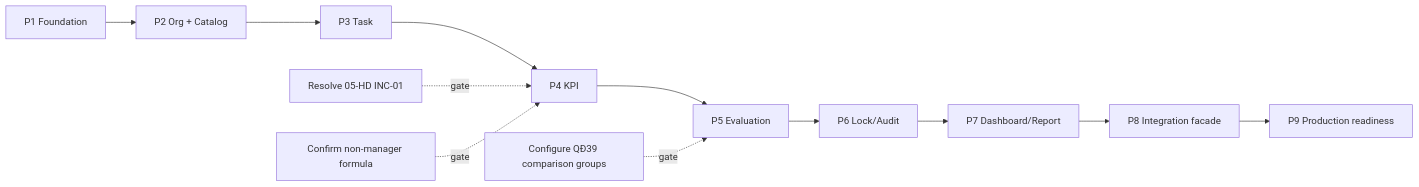
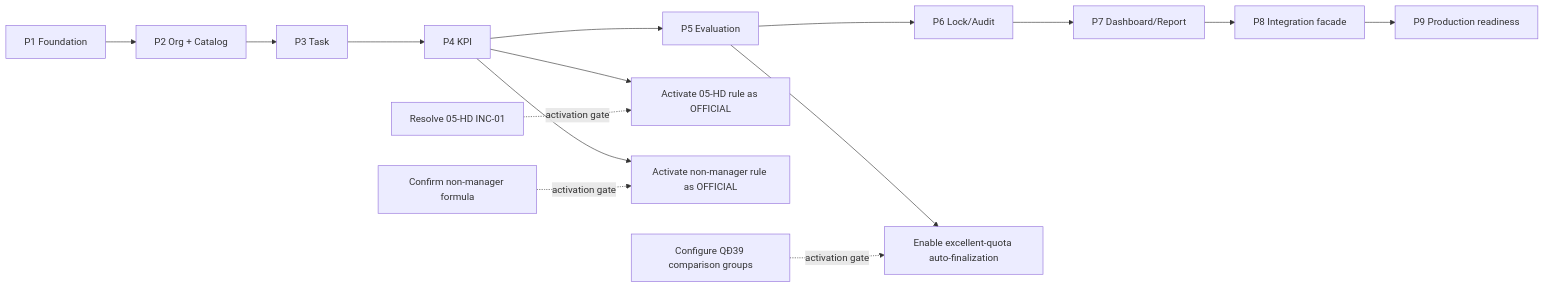
One commit to chotr/BTCTU changed the diagram in docs/06-plan/implementation-plan.md. Above: the diagram before and after it, drawn with Mermaid. The commit also changed other lines of this file and 10 other files, not shown here.

````diff
--- a/docs/06-plan/implementation-plan.md
+++ b/docs/06-plan/implementation-plan.md
@@ -216,15 +224,18 @@
 ```mermaid
 flowchart LR
   P1["P1 Foundation"] --> P2["P2 Org + Catalog"]
   P2 --> P3["P3 Task"]
   P3 --> P4["P4 KPI"]
   P4 --> P5["P5 Evaluation"]
   P5 --> P6["P6 Lock/Audit"]
   P6 --> P7["P7 Dashboard/Report"]
   P7 --> P8["P8 Integration facade"]
   P8 --> P9["P9 Production readiness"]
 
-  I1["Resolve 05-HD INC-01"] -. gate .-> P4
-  I2["Confirm non-manager formula"] -. gate .-> P4
-  I3["Configure QĐ39 comparison groups"] -. gate .-> P5
+  P4 --> O1["Activate 05-HD rule as OFFICIAL"]
+  I1["Resolve 05-HD INC-01"] -. activation gate .-> O1
+  P4 --> O2["Activate non-manager rule as OFFICIAL"]
+  I2["Confirm non-manager formula"] -. activation gate .-> O2
+  P5 --> O3["Enable excellent-quota auto-finalization"]
+  I3["Configure QĐ39 comparison groups"] -. activation gate .-> O3
 ```
````
